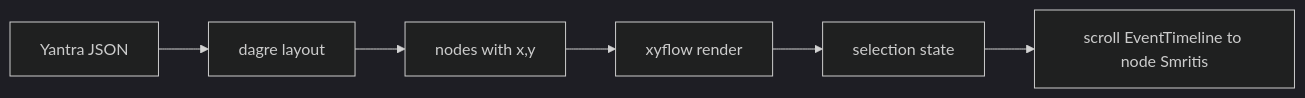
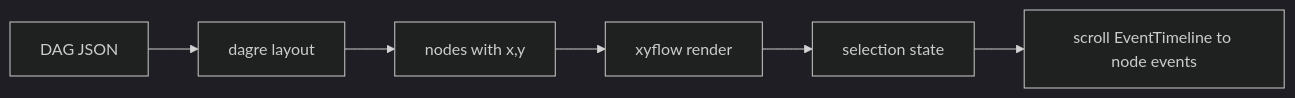
The sixth of 8 diagrams in documentation/src/04-Frontend-Architecture.md (so-weak/Aakaar), drawn with Mermaid (dark theme) before and after one commit. The commit also changed other lines of this file and 23 other files, not shown here.

````diff
--- a/documentation/src/04-Frontend-Architecture.md
+++ b/documentation/src/04-Frontend-Architecture.md
@@ -190,8 +196,8 @@
 ```mermaid
 flowchart LR
-  IN["Yantra JSON"] --> ML["dagre layout"]
+  IN["DAG JSON"] --> ML["dagre layout"]
   ML --> NX["nodes with x,y"]
   NX --> RF["xyflow render"]
   RF --> SEL["selection state"]
-  SEL --> ET["scroll EventTimeline to node Smritis"]
+  SEL --> ET["scroll EventTimeline to node events"]
 ```
````
